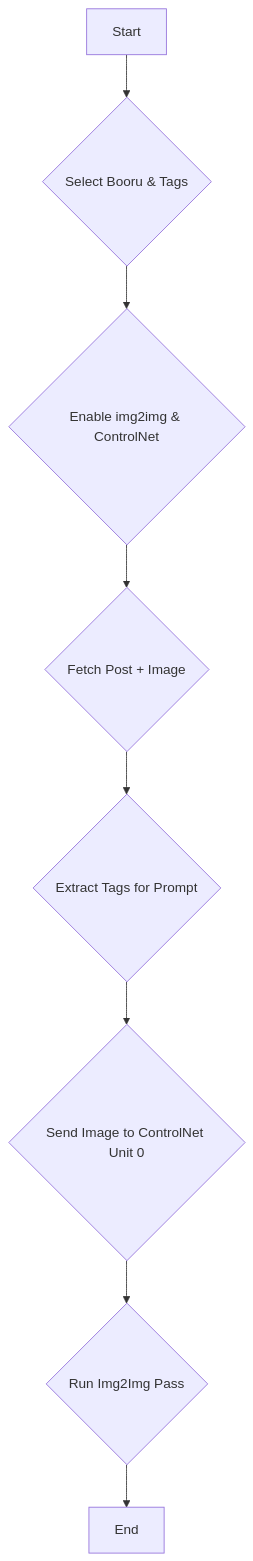
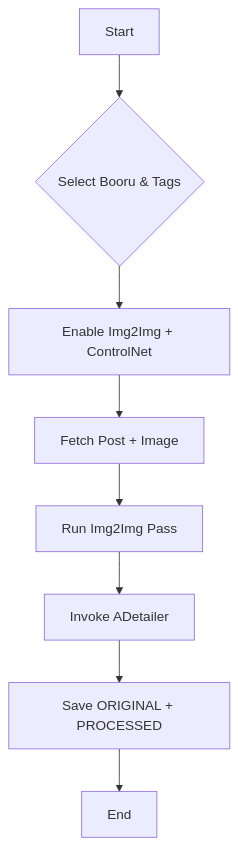
The second of 2 diagrams in usage.md (soficis/sd-webui-ranbooruX), drawn with Mermaid before and after one commit. The commit also changed other lines of this file and 32 other files, not shown here.

First line of the commit message:
Implement ControlNet and Img2img integration with ADetailer and documentation update

````diff
--- a/usage.md
+++ b/usage.md
@@ -45,10 +60,10 @@
 ```mermaid
 graph TD
     A[Start] --> B{Select Booru & Tags};
-    B --> C{Enable img2img & ControlNet};
-    C --> D{Fetch Post + Image};
-    D --> E{Extract Tags for Prompt};
-    E --> F{Send Image to ControlNet Unit 0};
-    F --> G{Run Img2Img Pass};
+    B --> C[Enable Img2Img + ControlNet];
+    C --> D[Fetch Post + Image];
+    D --> E[Run Img2Img Pass];
+    E --> F[Invoke ADetailer];
+    F --> G[Save ORIGINAL + PROCESSED];
     G --> H[End];
 ```
````
